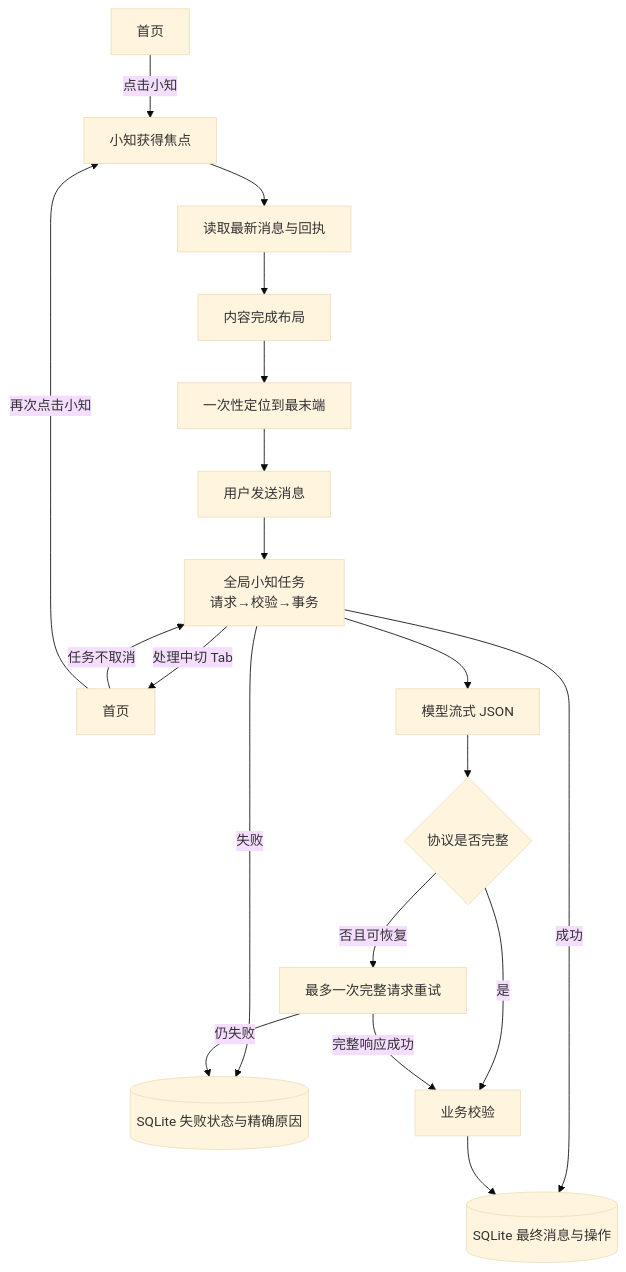
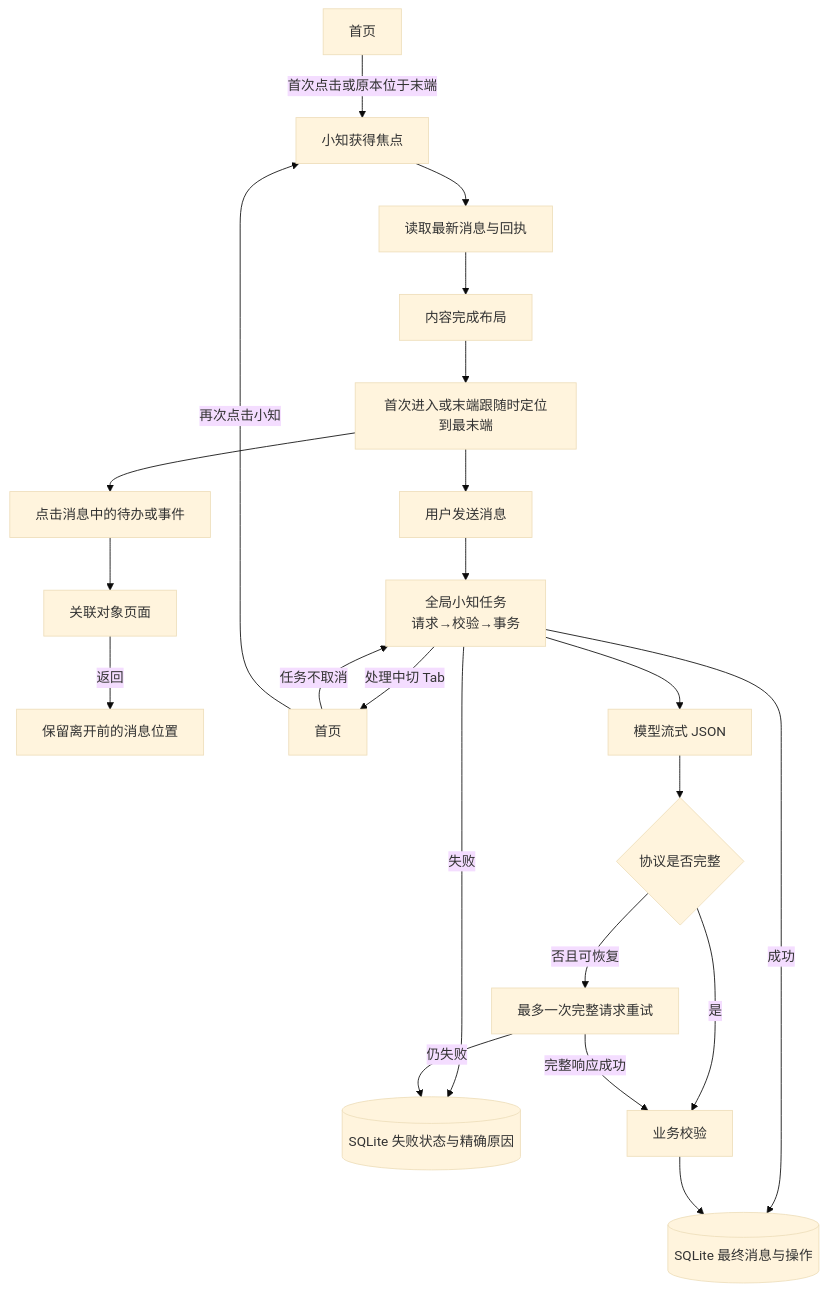
Before and after one commit to hannahxue99/assistant-app: the diagram in docs/plans/2026-09-15-xiaozhi-navigation-resilience-design.md, drawn with Mermaid (base theme). The commit also changed other lines of this file and 4 other files, not shown here.

````diff
--- a/docs/plans/2026-09-15-xiaozhi-navigation-resilience-design.md
+++ b/docs/plans/2026-09-15-xiaozhi-navigation-resilience-design.md
@@ -48,23 +48,27 @@
 ```mermaid
 flowchart TD
-    H[首页] -->|点击小知| F[小知获得焦点]
+    H[首页] -->|首次点击或原本位于末端| F[小知获得焦点]
     F --> L[读取最新消息与回执]
     L --> S[内容完成布局]
-    S --> E[一次性定位到最末端]
+    S --> E[首次进入或末端跟随时定位到最末端]
+
+    E --> O[点击消息中的待办或事件]
+    O --> H3[关联对象页面]
+    H3 -->|返回| K[保留离开前的消息位置]
 
     E --> U[用户发送消息]
     U --> J[全局小知任务\n请求→校验→事务]
     J -->|处理中切 Tab| H2[首页]
     H2 -->|任务不取消| J
     J -->|成功| D[(SQLite 最终消息与操作)]
     J -->|失败| X[(SQLite 失败状态与精确原因)]
     H2 -->|再次点击小知| F
 
     J --> R[模型流式 JSON]
     R --> P{协议是否完整}
     P -->|是| V[业务校验]
     P -->|否且可恢复| Q[最多一次完整请求重试]
     Q -->|完整响应成功| V
     Q -->|仍失败| X
     V --> D
 ```
````
